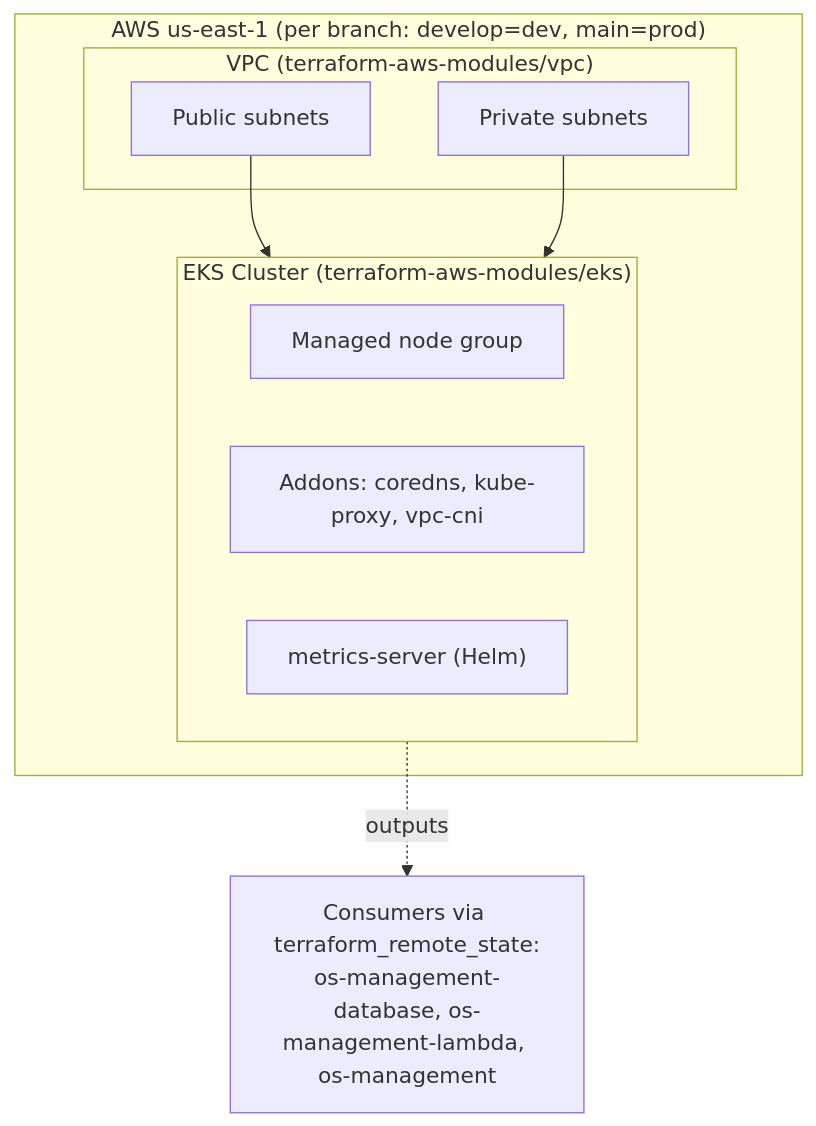
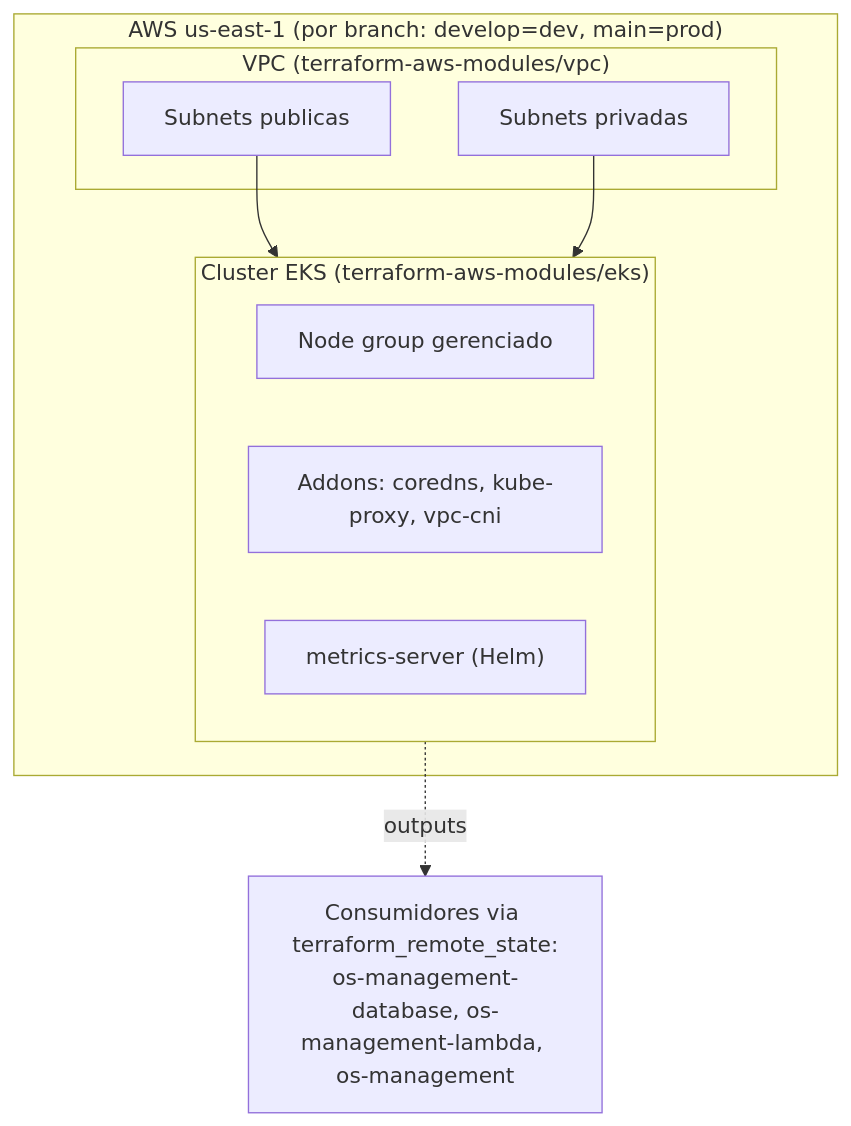
Before and after one commit to TechChallenge-Software-Architetute/os-management-k8s-terraform: the diagram in README.md, drawn with Mermaid. The commit also changed other lines of this file, not shown here.

````diff
--- a/README.md
+++ b/README.md
@@ -13,19 +13,19 @@
 ```mermaid
 flowchart TB
-    subgraph AWS["AWS us-east-1 (per branch: develop=dev, main=prod)"]
+    subgraph AWS["AWS us-east-1 (por branch: develop=dev, main=prod)"]
         subgraph VPC["VPC (terraform-aws-modules/vpc)"]
-            pub[Public subnets]
-            priv[Private subnets]
+            pub[Subnets publicas]
+            priv[Subnets privadas]
         end
-        subgraph EKS["EKS Cluster (terraform-aws-modules/eks)"]
-            ng[Managed node group]
+        subgraph EKS["Cluster EKS (terraform-aws-modules/eks)"]
+            ng[Node group gerenciado]
             addons["Addons: coredns, kube-proxy, vpc-cni"]
             ms["metrics-server (Helm)"]
         end
         pub --> EKS
         priv --> EKS
     end
 
-    consumers["Consumers via terraform_remote_state:<br/>os-management-database, os-management-lambda, os-management"]
+    consumers["Consumidores via terraform_remote_state:<br/>os-management-database, os-management-lambda, os-management"]
     EKS -.outputs.-> consumers
 ```
````
